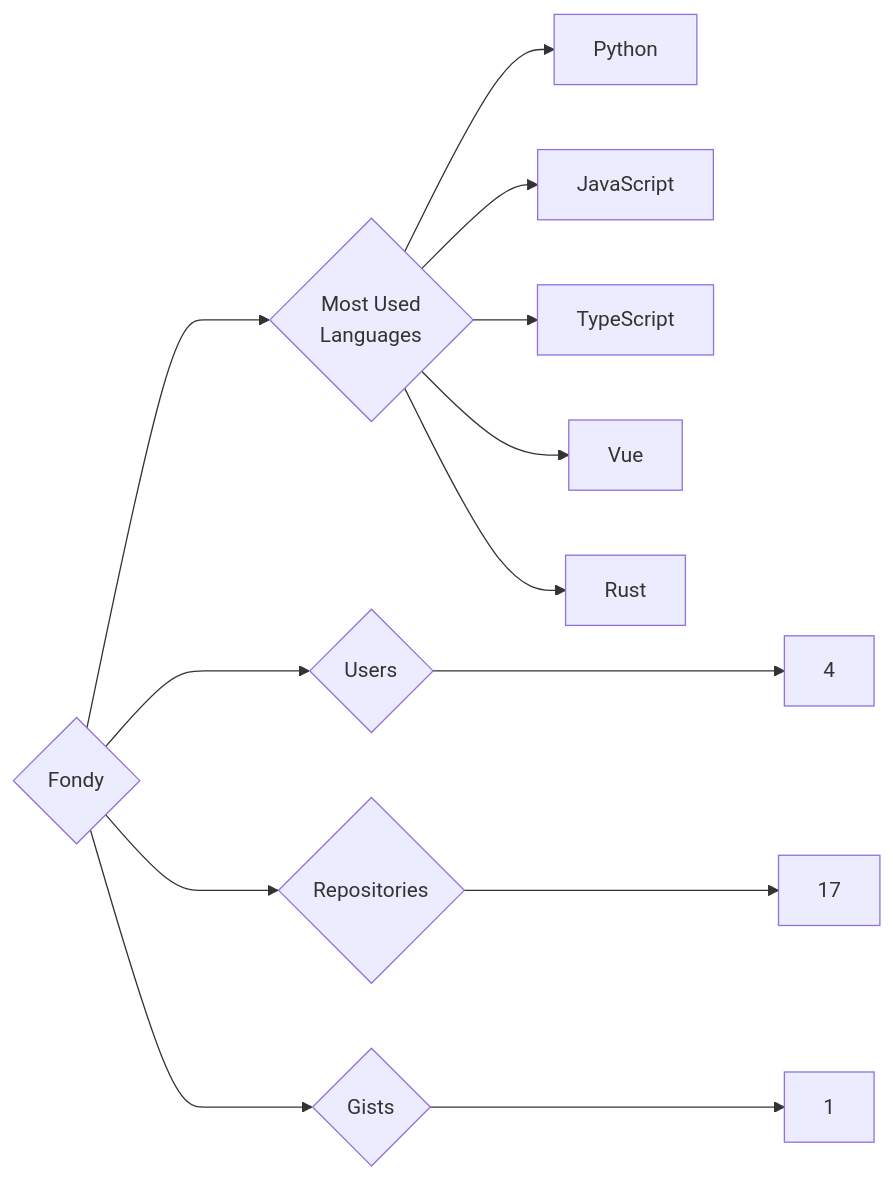
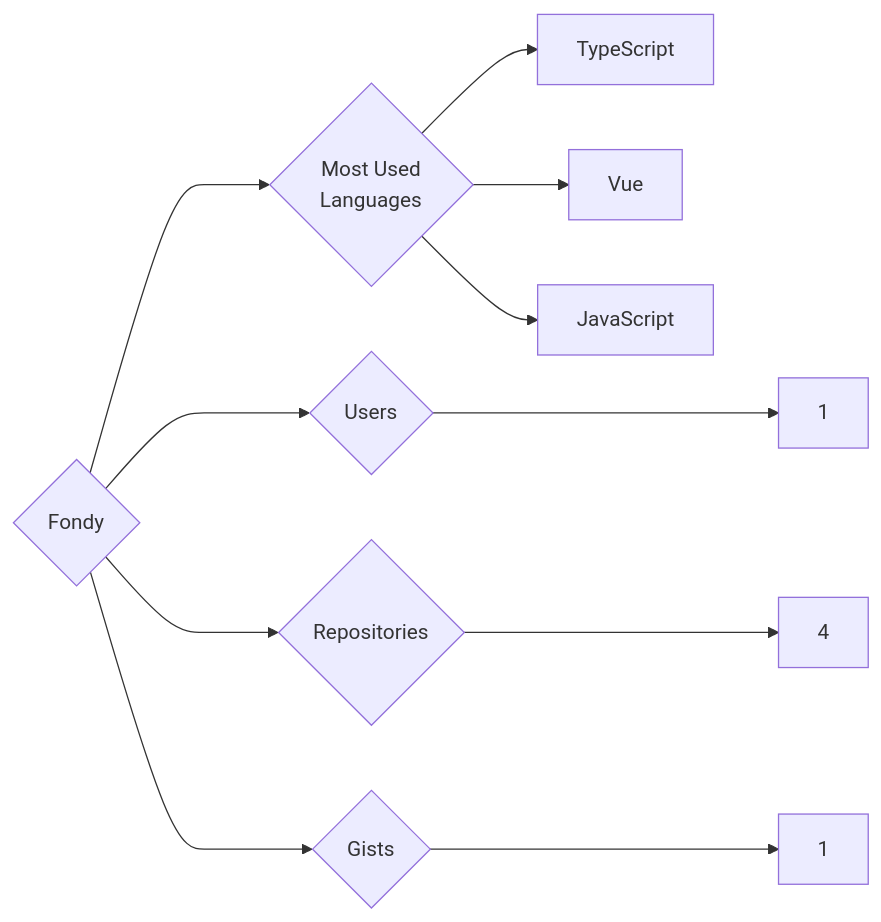
One commit to trickest/insiders changed the diagram in targets/Fondy/README.md. Above: the diagram before and after it, drawn with Mermaid. The commit also changed 688 other files, not shown here.

````diff
--- a/targets/Fondy/README.md
+++ b/targets/Fondy/README.md
@@ -3,13 +3,11 @@
 ```mermaid
 graph LR
 COMPANY_NAME{Fondy}
-COMPANY_NAME ---> U{Users} ---> UN[4]
-COMPANY_NAME ---> R{Repositories} ---> RN[17]
+COMPANY_NAME ---> U{Users} ---> UN[1]
+COMPANY_NAME ---> R{Repositories} ---> RN[4]
 COMPANY_NAME ---> G{Gists} ---> GN[1]
 COMPANY_NAME ---> ML{Most Used<br>Languages}
-ML --> Python[Python]
-ML --> JavaScript[JavaScript]
 ML --> TypeScript[TypeScript]
 ML --> Vue[Vue]
-ML --> Rust[Rust]
+ML --> JavaScript[JavaScript]
 ```
````
